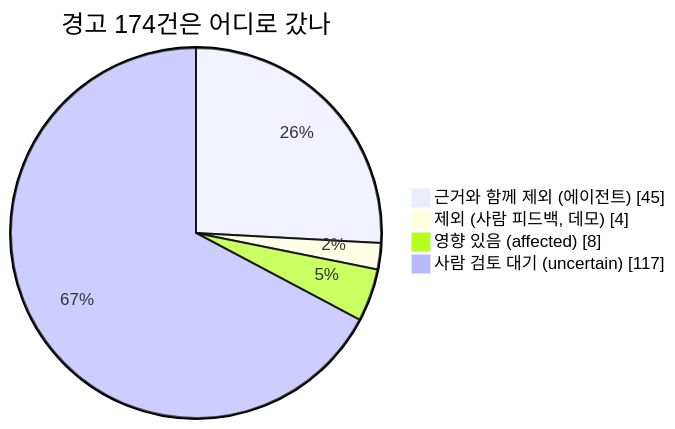
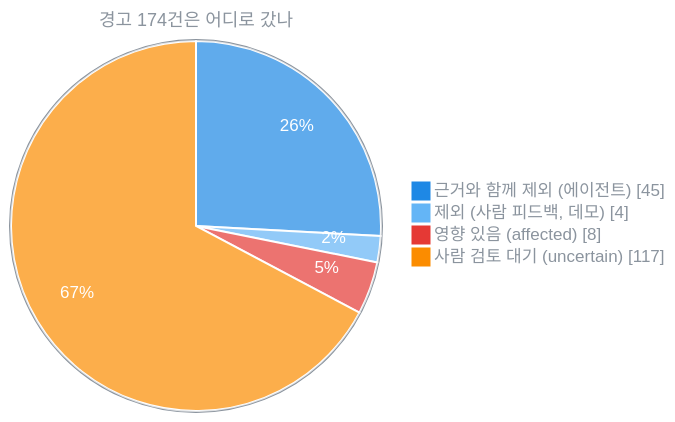
Before and after one commit to toowani/supply-chain-agent: the first of 4 diagrams in README.md, drawn with Mermaid. The commit also changed other lines of this file, not shown here.

Commit message:
README: theme-safe diagram colors, stacked architecture

````diff
--- a/README.md
+++ b/README.md
@@ -19,8 +19,9 @@
 ```mermaid
+%%{init: {'theme':'base','themeVariables':{'pie1':'#1e88e5','pie2':'#64b5f6','pie3':'#e53935','pie4':'#fb8c00','pieStrokeColor':'#ffffff','pieOuterStrokeColor':'#8b949e','pieSectionTextColor':'#ffffff','pieTitleTextColor':'#8b949e','pieLegendTextColor':'#8b949e','pieTitleTextSize':'18px'}}}%%
 pie showData
   title 경고 174건은 어디로 갔나
   "근거와 함께 제외 (에이전트)" : 45
   "제외 (사람 피드백, 데모)" : 4
   "영향 있음 (affected)" : 8
   "사람 검토 대기 (uncertain)" : 117
 ```
````
